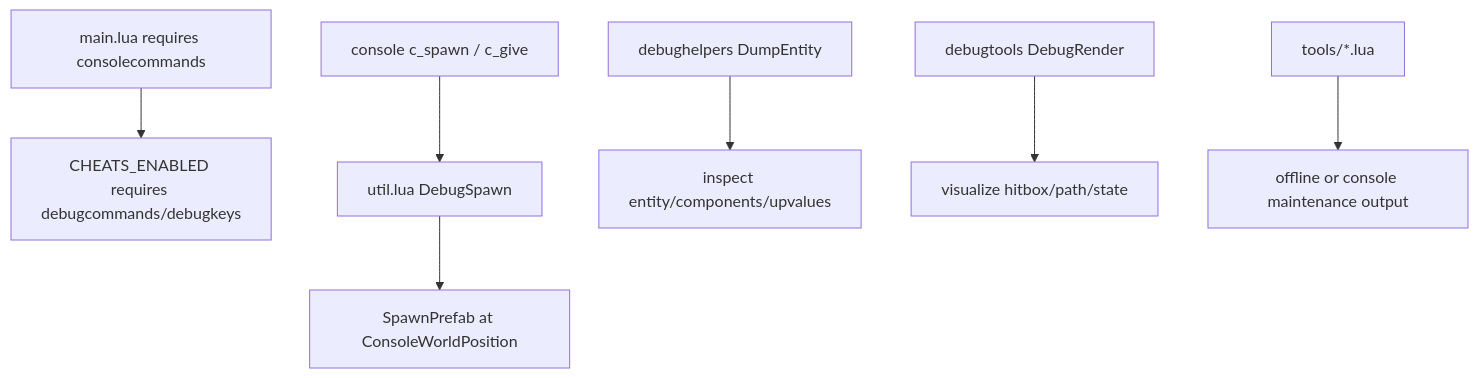
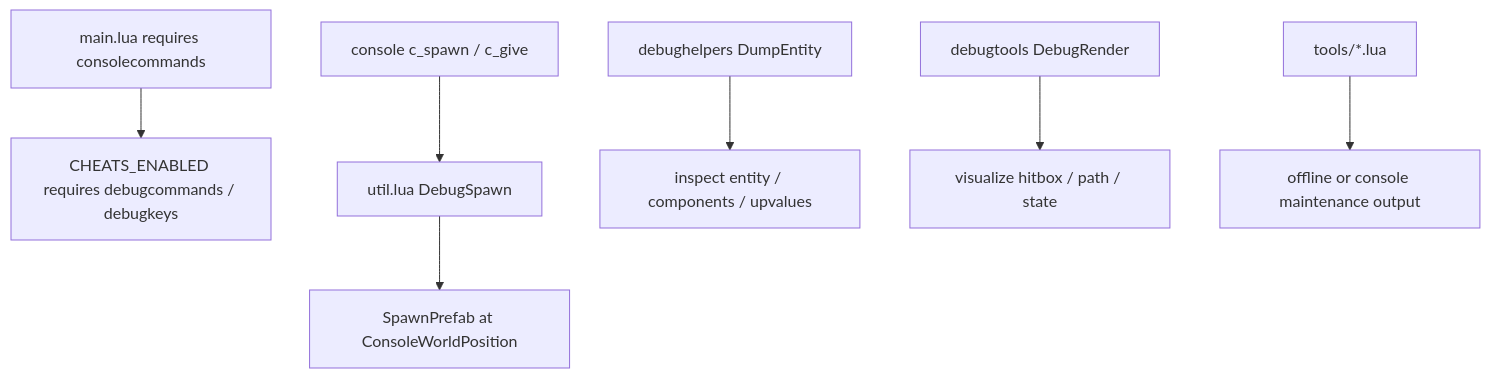
The diagram in dst-scripts/index/0x7000-frontend-data-tools/0x7200-data-media-tools/0x7204-tools-debug.md (LetsStarveTogether/dst-server), drawn with Mermaid before and after one commit. The commit also changed other lines of this file and 83 other files, not shown here.

```diff
--- a/dst-scripts/index/0x7000-frontend-data-tools/0x7200-data-media-tools/0x7204-tools-debug.md
+++ b/dst-scripts/index/0x7000-frontend-data-tools/0x7200-data-media-tools/0x7204-tools-debug.md
@@ -44,14 +44,14 @@
 ~~~mermaid
 flowchart TD
     A["main.lua requires consolecommands"]
-    A --> B["CHEATS_ENABLED requires debugcommands/debugkeys"]
+    A --> B["CHEATS_ENABLED requires debugcommands / debugkeys"]
     C["console c_spawn / c_give"]
     C --> D["util.lua DebugSpawn"]
     D --> E["SpawnPrefab at ConsoleWorldPosition"]
     F["debughelpers DumpEntity"]
-    F --> G["inspect entity/components/upvalues"]
+    F --> G["inspect entity / components / upvalues"]
     H["debugtools DebugRender"]
-    H --> I["visualize hitbox/path/state"]
+    H --> I["visualize hitbox / path / state"]
     J["tools/*.lua"]
     J --> K["offline or console maintenance output"]
 ~~~
```
